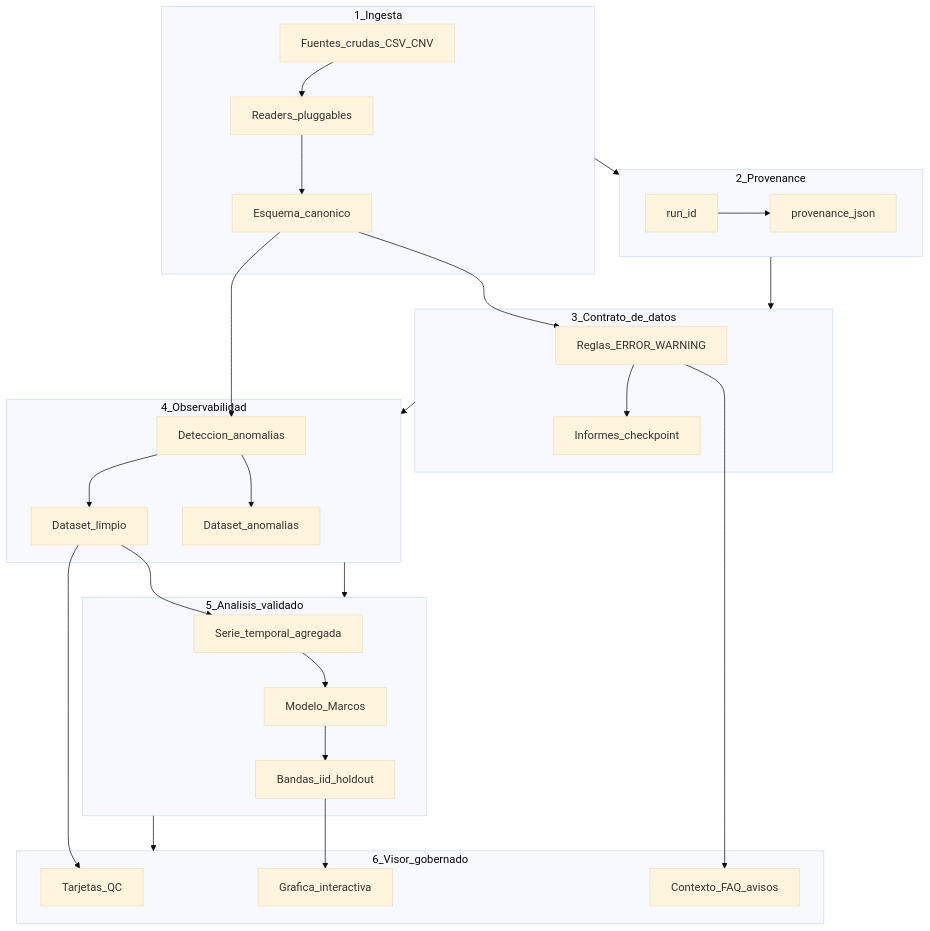
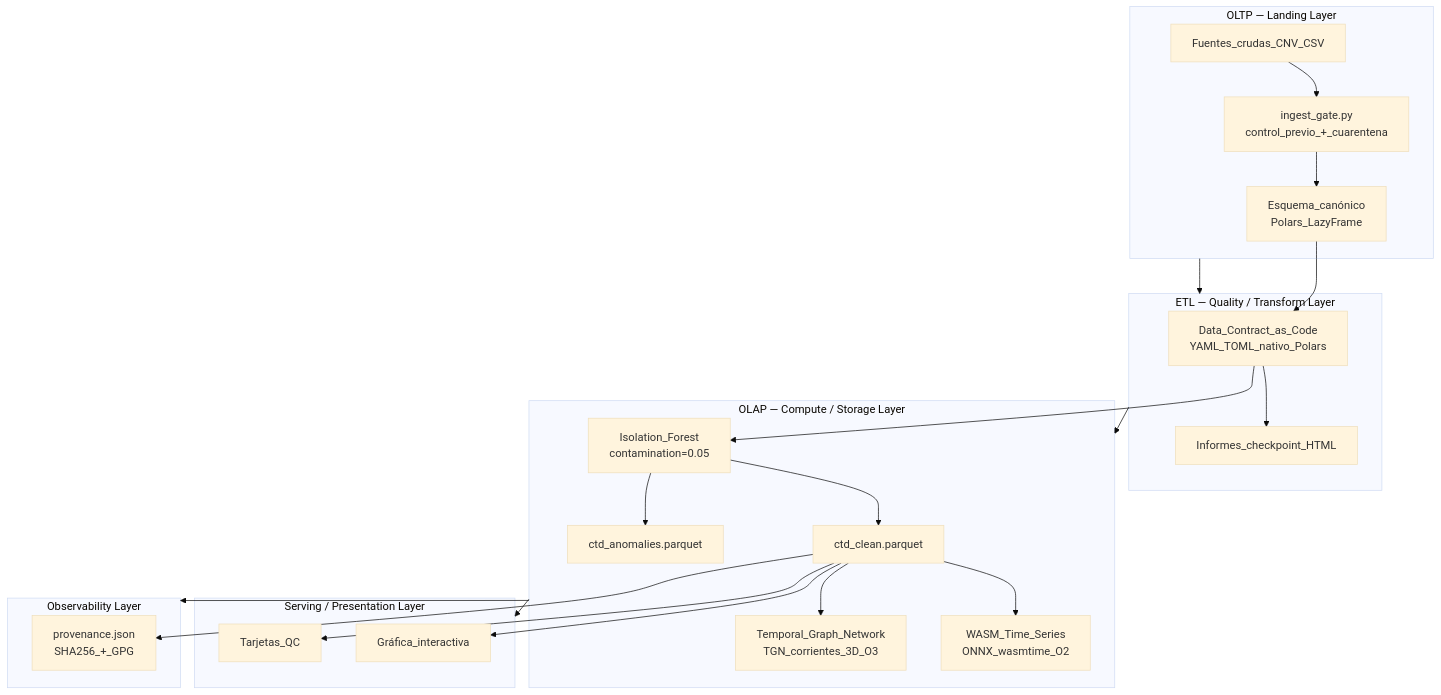
One commit to lobatojorge/PoC-Machine-Learning changed the diagram in docs/arquitectura_validacion_datos.md. Above: the diagram before and after it, drawn with Mermaid (base theme). The commit also changed other lines of this file and 30 other files, not shown here.

Commit message:
feat: setup PoC Machine Learning (Isolation Forest)

````diff
--- a/docs/arquitectura_validacion_datos.md
+++ b/docs/arquitectura_validacion_datos.md
@@ -20,52 +36,43 @@
 ```mermaid
 flowchart TB
-  subgraph ingest [1_Ingesta]
-    RAW[Fuentes_crudas_CSV_CNV]
-    READ[Readers_pluggables]
-    CAN[Esquema_canonico]
-    RAW --> READ --> CAN
+  subgraph OLTP [OLTP — Landing Layer]
+    RAW[Fuentes_crudas_CNV_CSV]
+    GATE[ingest_gate.py\ncontrol_previo_+_cuarentena]
+    CAN[Esquema_canónico\nPolars_LazyFrame]
+    RAW --> GATE --> CAN
   end
 
-  subgraph prov [2_Provenance]
-    RUN[run_id]
-    META[provenance_json]
-    RUN --> META
+  subgraph ETL [ETL — Quality / Transform Layer]
+    CONTRACT[Data_Contract_as_Code\nYAML_TOML_nativo_Polars]
+    RPT[Informes_checkpoint_HTML]
+    CAN --> CONTRACT --> RPT
   end
 
-  subgraph qc [3_Contrato_de_datos]
-    VAL[Reglas_ERROR_WARNING]
-    RPT[Informes_checkpoint]
-    CAN --> VAL --> RPT
+  subgraph OLAP [OLAP — Compute / Storage Layer]
+    IF[Isolation_Forest\ncontamination=0.05]
+    TGN[Temporal_Graph_Network\nTGN_corrientes_3D_O3]
+    WASM[WASM_Time_Series\nONNX_wasmtime_O2]
+    CLEAN[ctd_clean.parquet]
+    ANOM[ctd_anomalies.parquet]
+    CONTRACT --> IF
+    IF --> CLEAN
+    IF --> ANOM
+    CLEAN --> TGN
+    CLEAN --> WASM
   end
 
-  subgraph obs [4_Observabilidad]
-    IF[Deteccion_anomalias]
-    CLEAN[Dataset_limpio]
-    ANOM[Dataset_anomalias]
-    CAN --> IF
-    IF --> CLEAN
-    IF --> ANOM
+  subgraph SERVE [Serving / Presentation Layer]
+    CARDS[Tarjetas_QC]
+    CHART[Gráfica_interactiva]
+    CLEAN --> CARDS
+    CLEAN --> CHART
   end
 
-  subgraph anal [5_Analisis_validado]
-    SER[Serie_temporal_agregada]
-    MOD[Modelo_Marcos]
-    HOLD[Bandas_iid_holdout]
-    CLEAN --> SER --> MOD --> HOLD
+  subgraph OBS [Observability Layer]
+    PROV[provenance.json\nSHA256_+_GPG]
+    CLEAN --> PROV
   end
 
-  subgraph ui [6_Visor_gobernado]
-    CARDS[Tarjetas_QC]
-    CHART[Grafica_interactiva]
-    FAQ[Contexto_FAQ_avisos]
-    CLEAN --> CARDS
-    HOLD --> CHART
-    VAL --> FAQ
-  end
-
-  ingest --> prov
-  prov --> qc
-  qc --> obs
-  obs --> anal
-  anal --> ui
+  OLTP --> ETL --> OLAP --> SERVE
+  OLAP --> OBS
 ```
````
